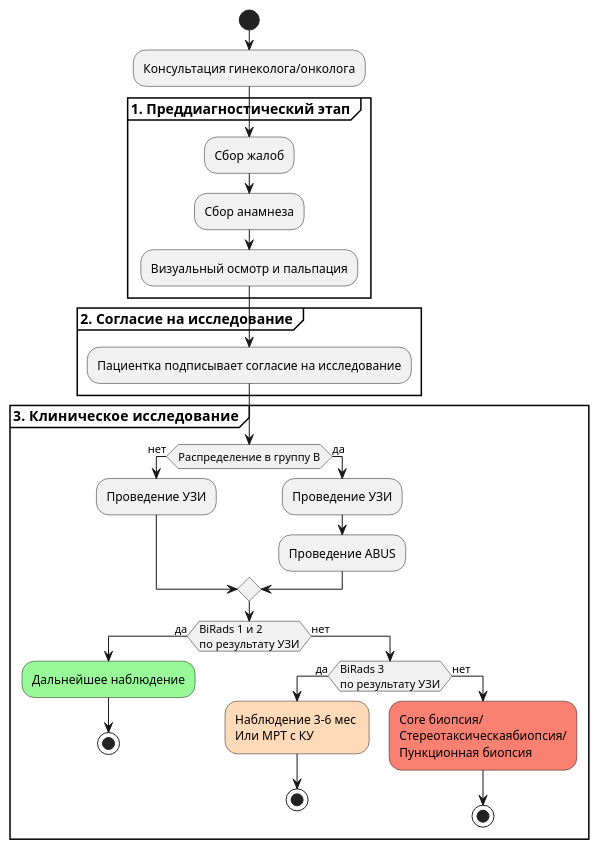
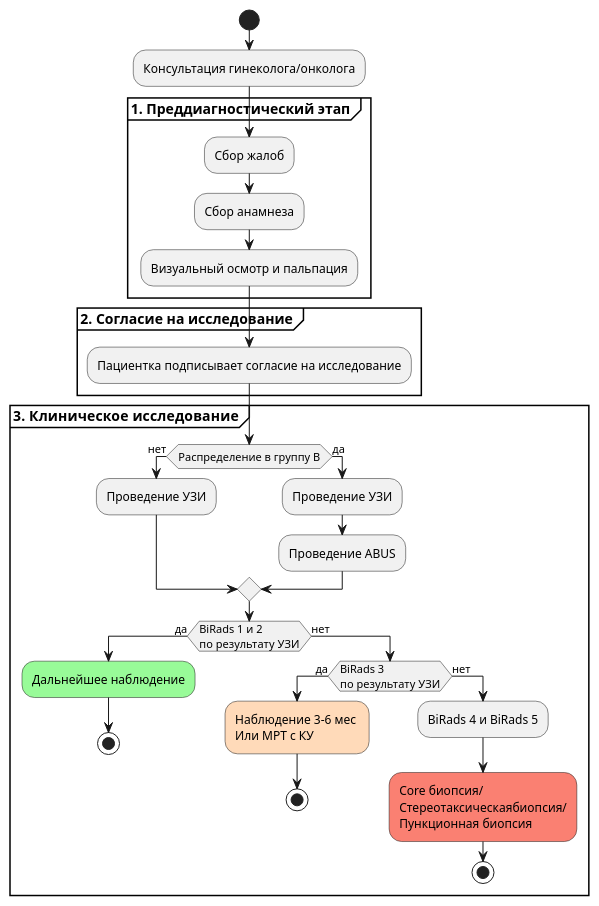
One commit to AndreyPovaliy/ABUS_US_diagnostics changed the diagram in Text_work/Articles/Junior_Abus_Accur/sheme1.puml. Above: the diagram before and after it, drawn with PlantUML. The commit also changed 33 other files, not shown here.

```diff
--- a/Text_work/Articles/Junior_Abus_Accur/sheme1.puml
+++ b/Text_work/Articles/Junior_Abus_Accur/sheme1.puml
@@ -1,39 +1,40 @@
 @startuml
 start
 :Консультация гинеколога/онколога;
 group <b>1. Преддиагностический этап </b>
 :Сбор жалоб;
 :Сбор анамнеза;
 :Визуальный осмотр и пальпация;
 end group
 group <b>2. Согласие на исследование </b>
 :Пациентка подписывает согласие на исследование;
 end group
 
 group <b>3.  Клиническое исследование </b>
 if (Распределение в группу B) then (нет)
 :Проведение УЗИ;
 
 
 
 
 
 else(да)
 
 :Проведение УЗИ;
 
 :Проведение ABUS;
 
 endif
 
 if (BiRads 1 и 2 \nпо результату УЗИ) then (да)
 #palegreen:Дальнейшее наблюдение;
 stop
 else(нет)
 if  (BiRads 3 \nпо результату УЗИ) then (да)
 #PeachPuff:Наблюдение 3-6 мес \nИли МРТ с КУ;
 stop
 else(нет)
+:BiRads 4 и BiRads 5; 
 #salmon:Core биопсия/\nСтереотаксическаябиопсия/\nПункционная биопсия;
 stop
 @endumll
```
